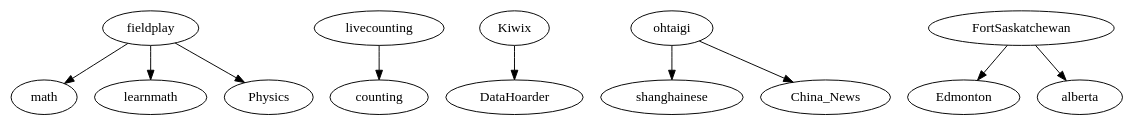
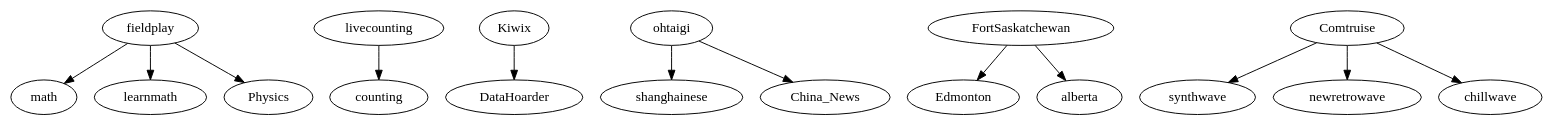
Before and after one commit to anvaka/map-of-reddit-data: the diagram in graph/add/new-nodes.dot, drawn with Graphviz. The commit also changed 1 other file, not shown here.

Commit message:
Added r/Comtruise
Fixes https://github.com/anvaka/map-of-reddit-data/issues/12

```diff
--- a/graph/add/new-nodes.dot
+++ b/graph/add/new-nodes.dot
@@ -1,11 +1,14 @@
 digraph Add {
   "fieldplay" -> "math" ["weight"=1]
   "fieldplay" -> "learnmath" ["weight"=1]
   "fieldplay" -> "Physics" ["weight"=1]
   "livecounting" -> "counting" ["weight"=1]
   "Kiwix" -> "DataHoarder" ["weight"=1]
   "ohtaigi" -> "shanghainese" ["weight"=17]
   "ohtaigi" -> "China_News" ["weight"=6]
   "FortSaskatchewan" -> "Edmonton" ["weight"=1]
   "FortSaskatchewan" -> "alberta" ["weight"=1]
+  "Comtruise" -> "synthwave" ["weight"=1]
+  "Comtruise" -> "newretrowave" ["weight"=1]
+  "Comtruise" -> "chillwave" ["weight"=1]
 }
```
